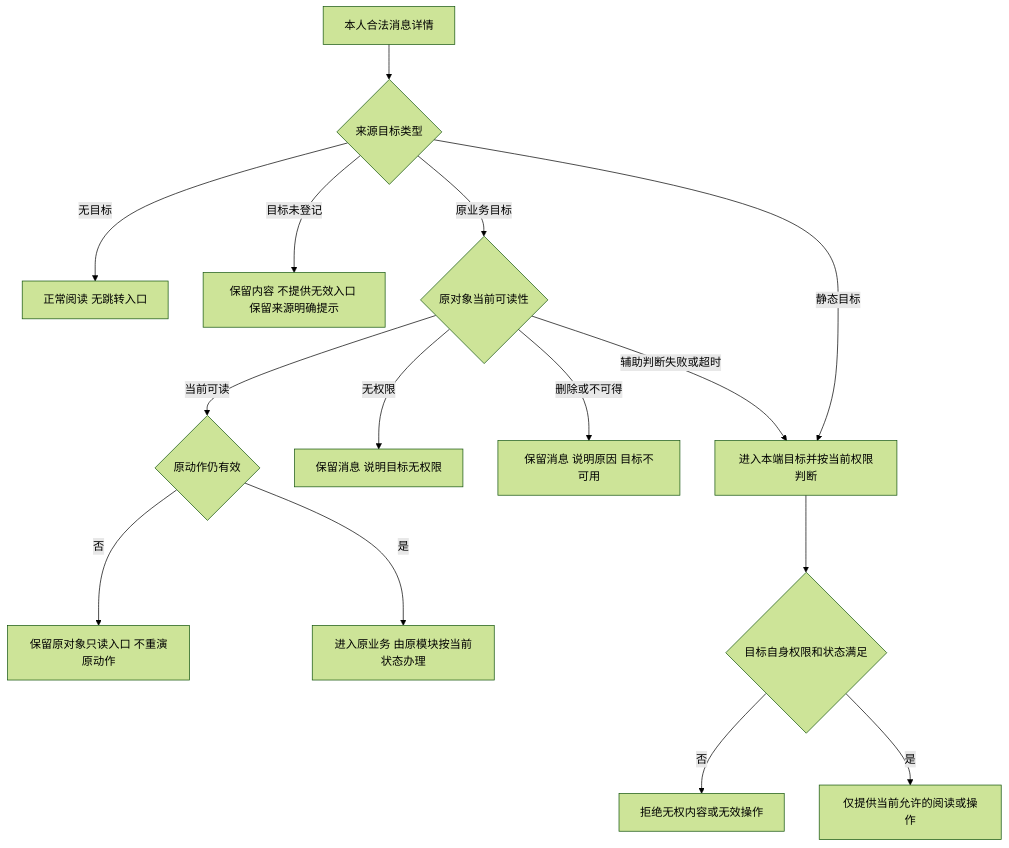
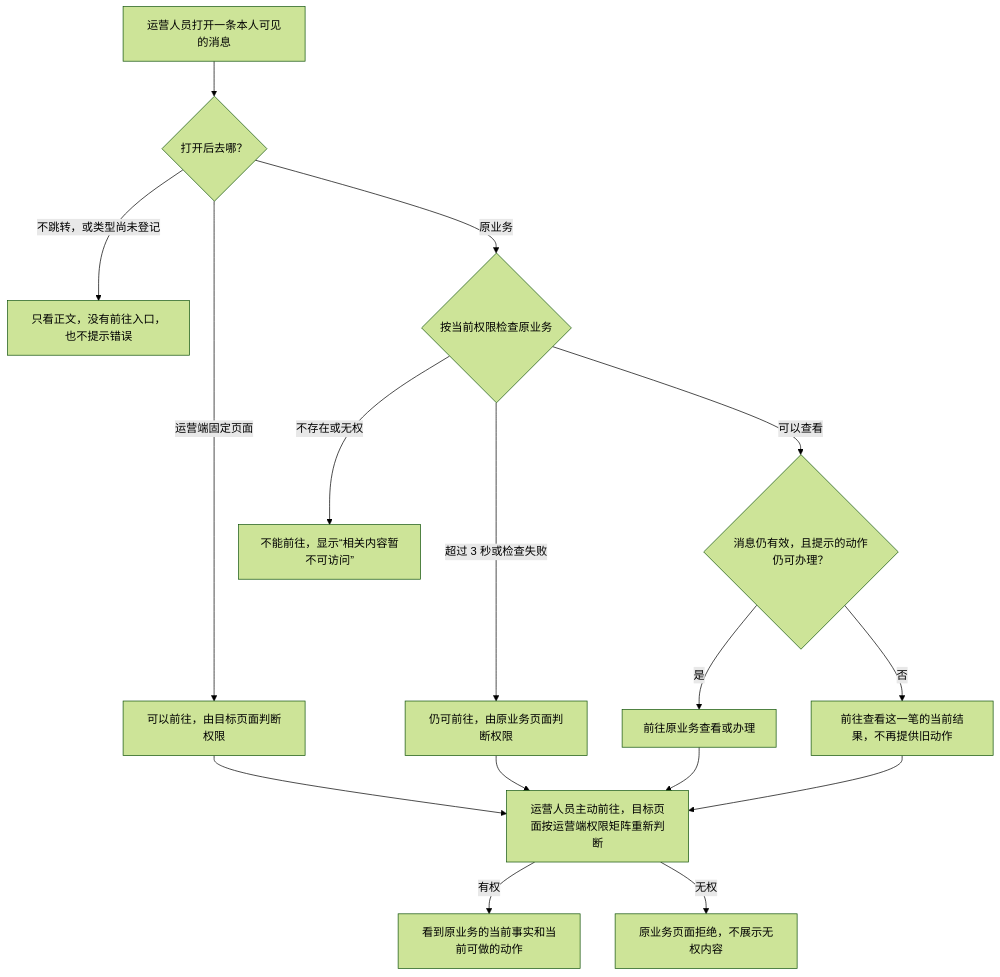
Before and after one commit to wxblockchain/Chain-Financing: the third of 7 diagrams in lending-platform/PRD/运营端/07-运营端消息通知/02-运营端消息通知-流程图与状态机.md, drawn with Mermaid (forest theme). The commit also changed other lines of this file and 6 other files, not shown here.

````diff
--- a/lending-platform/PRD/运营端/07-运营端消息通知/02-运营端消息通知-流程图与状态机.md
+++ b/lending-platform/PRD/运营端/07-运营端消息通知/02-运营端消息通知-流程图与状态机.md
@@ -74,17 +69,18 @@
 ```mermaid
 flowchart TD
-    A[本人合法消息详情] --> B{来源目标类型}
-    B -->|无目标| C[正常阅读 无跳转入口]
-    B -->|目标未登记| D[保留内容 不提供无效入口 保留来源明确提示]
-    B -->|静态目标| E[进入本端目标并按当前权限判断]
-    B -->|原业务目标| F{原对象当前可读性}
-    F -->|无权限| G[保留消息 说明目标无权限]
-    F -->|删除或不可得| H[保留消息 说明原因 目标不可用]
-    F -->|辅助判断失败或超时| E
-    F -->|当前可读| I{原动作仍有效}
-    I -->|否| J[保留原对象只读入口 不重演原动作]
-    I -->|是| K[进入原业务 由原模块按当前状态办理]
-    E --> L{目标自身权限和状态满足}
-    L -->|否| M[拒绝无权内容或无效操作]
-    L -->|是| N[仅提供当前允许的阅读或操作]
+    A["运营人员打开一条本人可见的消息"] --> B{"打开后去哪？"}
+    B -->|不跳转，或类型尚未登记| C["只看正文，没有前往入口，也不提示错误"]
+    B -->|运营端固定页面| D["可以前往，由目标页面判断权限"]
+    B -->|原业务| E{"按当前权限检查原业务"}
+    E -->|不存在或无权| F["不能前往，显示“相关内容暂不可访问”"]
+    E -->|超过 3 秒或检查失败| G["仍可前往，由原业务页面判断权限"]
+    E -->|可以查看| H{"消息仍有效，且提示的动作仍可办理？"}
+    H -->|是| I["前往原业务查看或办理"]
+    H -->|否| J["前往查看这一笔的当前结果，不再提供旧动作"]
+    D --> K["运营人员主动前往，目标页面按运营端权限矩阵重新判断"]
+    G --> K
+    I --> K
+    J --> K
+    K -->|有权| L["看到原业务的当前事实和当前可做的动作"]
+    K -->|无权| M["原业务页面拒绝，不展示无权内容"]
 ```
````
